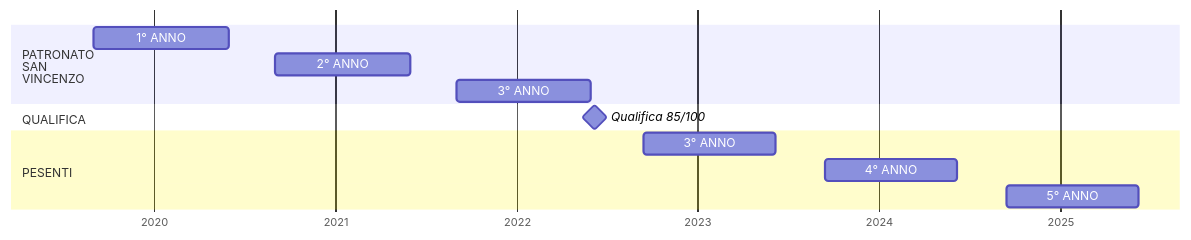
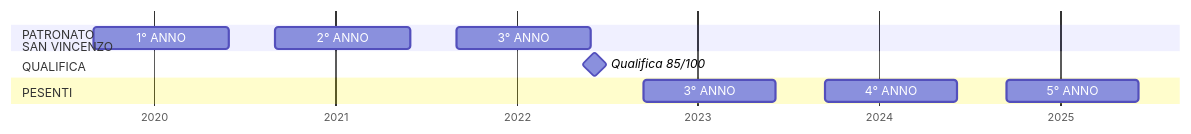
One commit to Laaouatni/PTCO-esame-MERMAID changed the diagram in PTCO.md. Above: the diagram before and after it, drawn with Mermaid.

````diff
--- a/PTCO.md
+++ b/PTCO.md
@@ -1,18 +1,21 @@
 ```mermaid
+---
+displayMode: compact
+---
 gantt
     dateFormat  DD-MM-YYYY
     axisFormat  %Y
 
-    section PATRONATO<BR>SAN<BR>VINCENZO
+    section PATRONATO<BR>SAN VINCENZO
         1° ANNO: 01-09-2019,31-05-2020
         2° ANNO: 01-09-2020,31-05-2021
         3° ANNO: 01-09-2021,31-05-2022
 
     section QUALIFICA
         Qualifica 85/100 :milestone, 15-06-2022
 
     section PESENTI
         3° ANNO: 14-09-2022,08-06-2023
         4° ANNO: 14-09-2023,08-06-2024
         5° ANNO: 14-09-2024,08-06-2025
 ```
````
